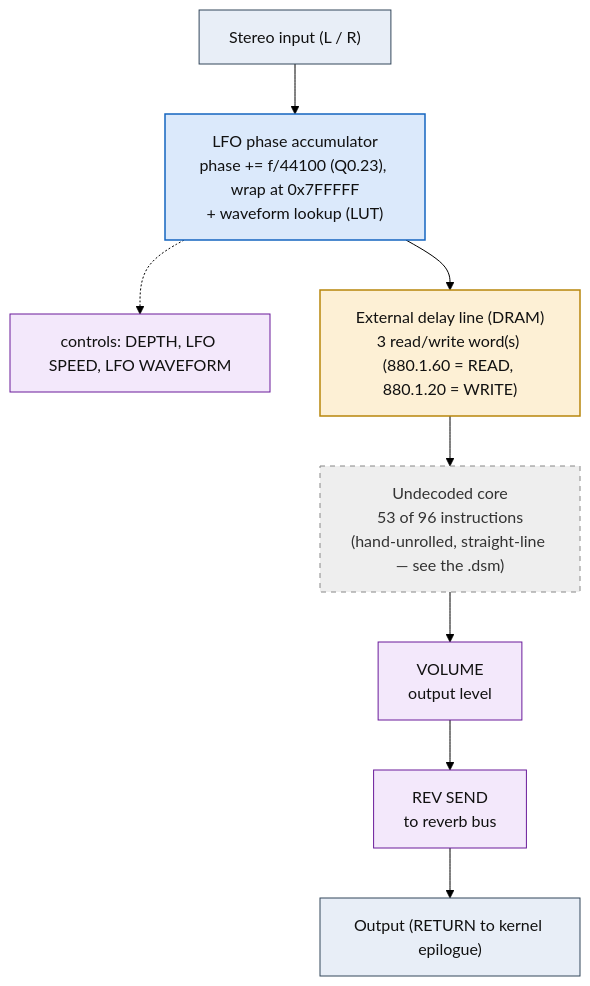
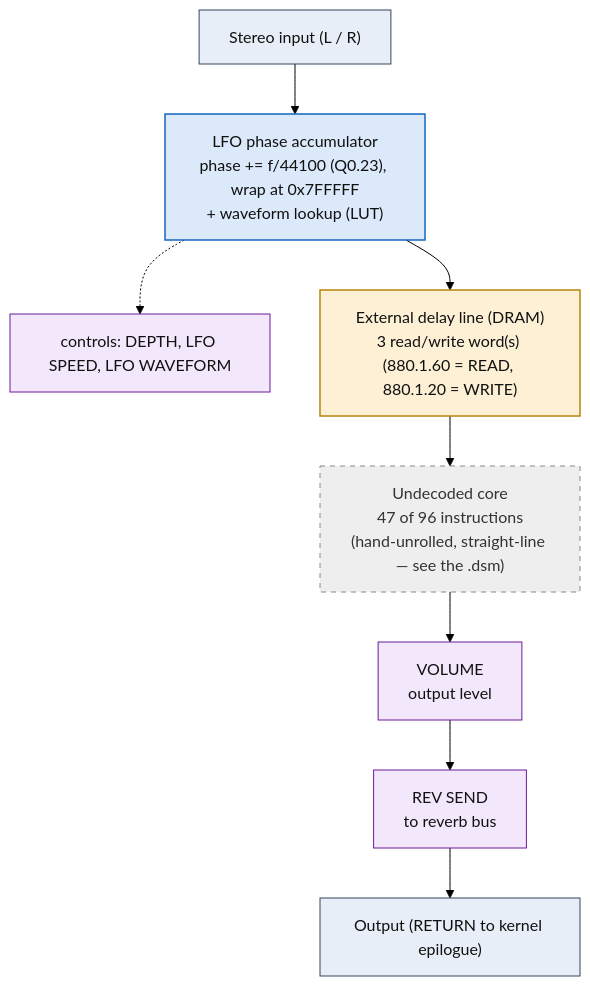
Before and after one commit to ArqueologiaDigital/kn5000-roms-disasm: the diagram in dsp/flowcharts/prog06_ensemble.md, drawn with Mermaid (forest theme). The commit also changed other lines of this file and 63 other files, not shown here.

````diff
--- a/dsp/flowcharts/prog06_ensemble.md
+++ b/dsp/flowcharts/prog06_ensemble.md
@@ -12,30 +12,30 @@
 ```mermaid
 flowchart TD
     N0["Stereo input (L / R)"]
     N1["LFO phase accumulator<br/>phase += f/44100 (Q0.23), wrap at 0x7FFFFF<br/>+ waveform lookup (LUT)"]
     N0 --> N1
     N2["controls: DEPTH, LFO SPEED, LFO WAVEFORM"]
     N1 -.-> N2
     N3["External delay line (DRAM)<br/>3 read/write word(s) (880.1.60 = READ, 880.1.20 = WRITE)"]
     N1 --> N3
-    N4["Undecoded core<br/>53 of 96 instructions<br/>(hand-unrolled, straight-line &mdash; see the .dsm)"]
+    N4["Undecoded core<br/>47 of 96 instructions<br/>(hand-unrolled, straight-line &mdash; see the .dsm)"]
     N3 --> N4
     N5["VOLUME<br/>output level"]
     N4 --> N5
     N6["REV SEND<br/>to reverb bus"]
     N5 --> N6
     N7["Output (RETURN to kernel epilogue)"]
     N6 --> N7
 
     classDef io fill:#e8eef7,stroke:#33475b,stroke-width:1px,color:#111;
     classDef proven fill:#d7f0d7,stroke:#2e7d32,stroke-width:2px,color:#111;
     classDef measured fill:#dbe9fb,stroke:#1565c0,stroke-width:1.5px,color:#111;
     classDef inferred fill:#fdf0d5,stroke:#b8860b,stroke-width:1.5px,color:#111;
     classDef open fill:#eeeeee,stroke:#888,stroke-width:1px,color:#333,stroke-dasharray:5 5;
     classDef ctrl fill:#f3e8fb,stroke:#6a1b9a,stroke-width:1px,color:#111;
     class N0,N7 io;
     class N1 measured;
     class N2,N5,N6 ctrl;
     class N3 inferred;
     class N4 open;
 ```
````
